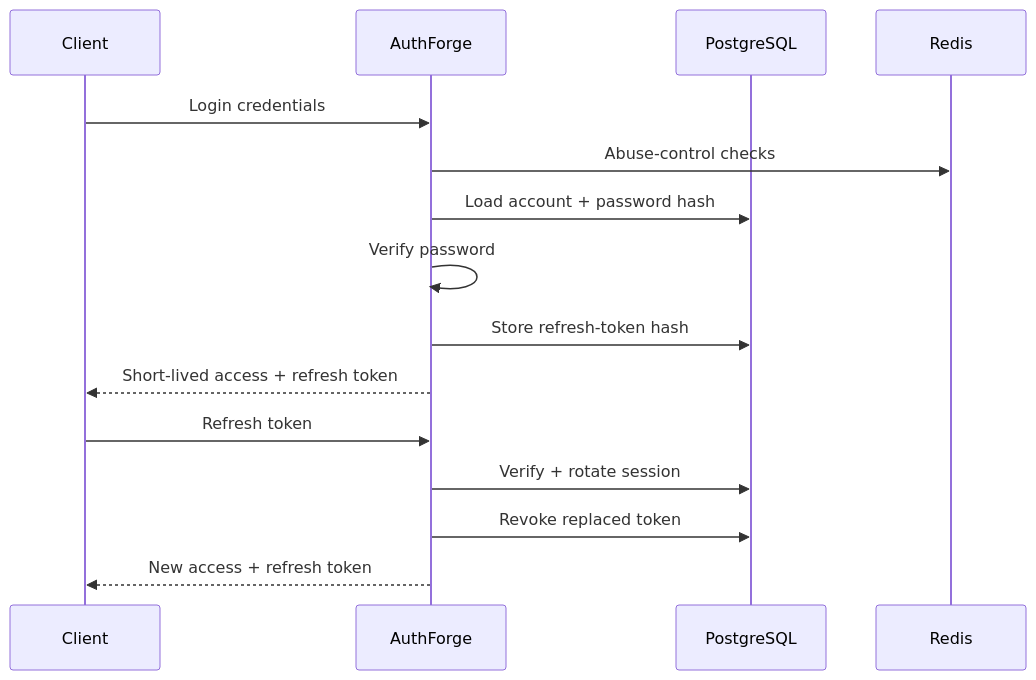
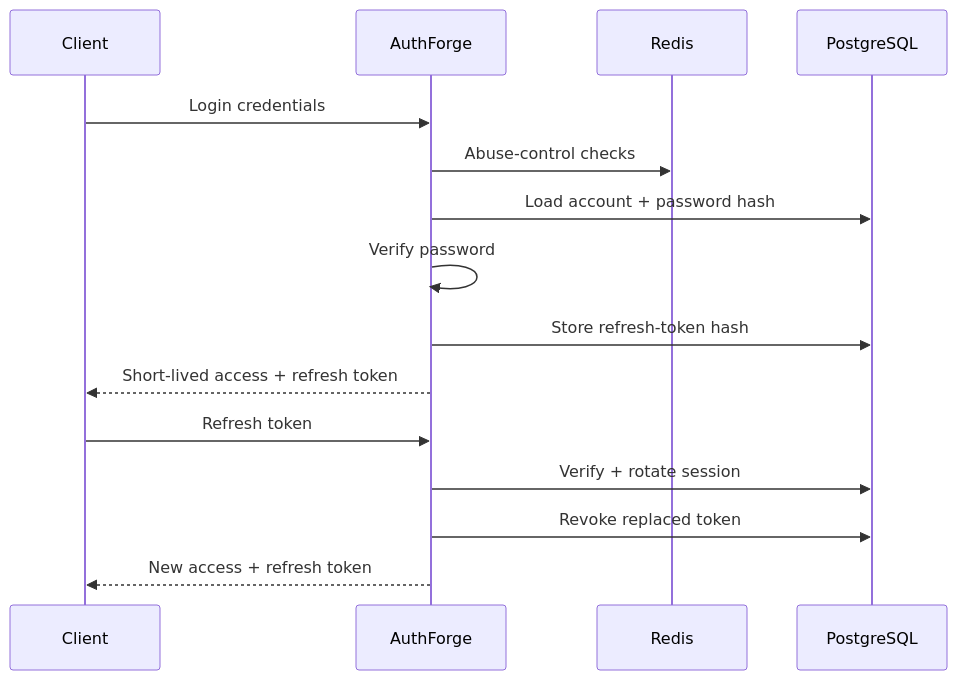
Before and after one commit to SidK31/authforge: the second of 2 diagrams in README.md, drawn with Mermaid. The commit also changed other lines of this file, not shown here.

````diff
--- a/README.md
+++ b/README.md
@@ -56,19 +67,19 @@
 ```mermaid
 sequenceDiagram
     participant C as Client
     participant A as AuthForge
+    participant R as Redis
     participant P as PostgreSQL
-    participant R as Redis
 
     C->>A: Login credentials
     A->>R: Abuse-control checks
     A->>P: Load account + password hash
     A->>A: Verify password
     A->>P: Store refresh-token hash
     A-->>C: Short-lived access + refresh token
 
     C->>A: Refresh token
     A->>P: Verify + rotate session
     A->>P: Revoke replaced token
     A-->>C: New access + refresh token
 ```
````
